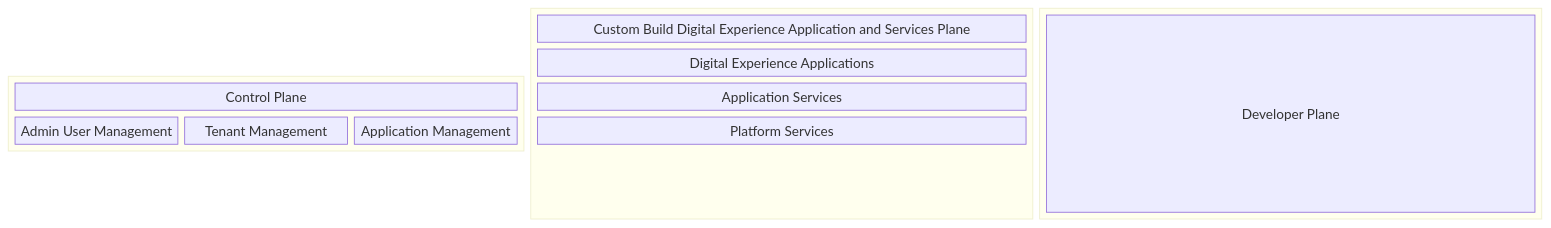
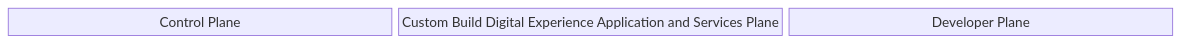
The first of 5 diagrams in docs/architecture/overview.md (kennethteo/custom-build-platform), drawn with Mermaid before and after one commit. The commit also changed other lines of this file, not shown here.

Commit message:
feat: Refactor architecture overview by simplifying visual representations and enhancing descriptions of the Control Plane, Developer Plane, and Digital Experience Application layers

`````diff
--- a/docs/architecture/overview.md
+++ b/docs/architecture/overview.md
@@ -55,21 +57,6 @@
 ```mermaid
 block-beta
-  block
-    columns 3
-    ControlPlane["Control Plane"]:3
-    A["Admin User Management"]
-    T["Tenant Management"]
-    AP["Application Management"]
-  end
-  block
-    columns 1
-    Apps["Custom Build Digital Experience Application and Services Plane"]:3
-    DXA["Digital Experience Applications"]
-    AS["Application Services"]
-    PS["Platform Services"]
-  end
-  block
-    columns 1
-    DEV["Developer Plane"]
-  end
-````
+  ControlPlane["Control Plane"]
+  Apps["Custom Build Digital Experience Application and Services Plane"]
+  DEV["Developer Plane"]
+```
`````
